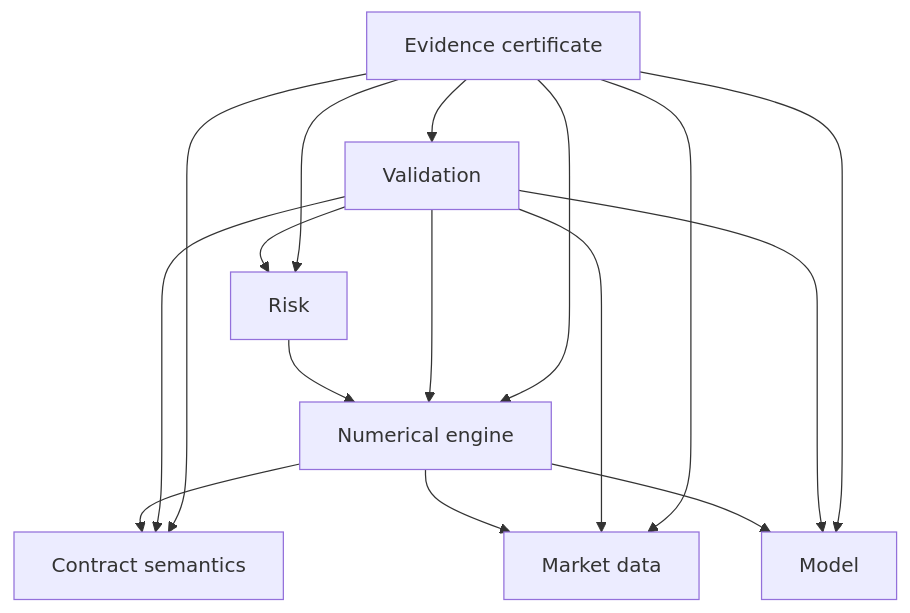
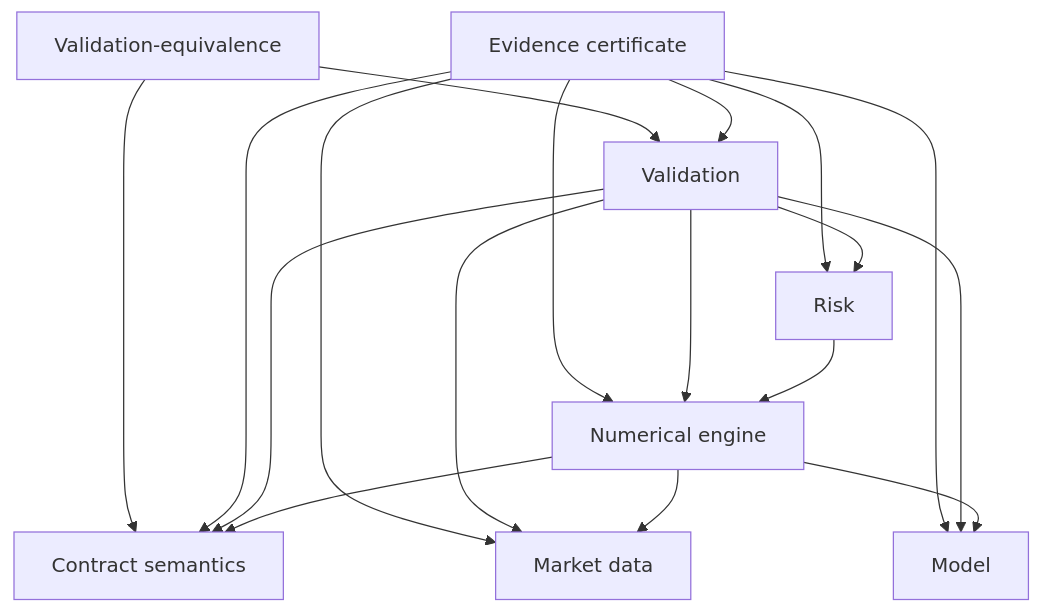
Before and after one commit to sciwiz7/DerivaTrace: the first of 2 diagrams in docs/architecture.md, drawn with Mermaid. The commit also changed other lines of this file and 7 other files, not shown here.

First line of the commit message:
docs: establish Stage 1C validation-equivalence baseline

````diff
--- a/docs/architecture.md
+++ b/docs/architecture.md
@@ -47,26 +54,29 @@
 ```mermaid
 graph TD
     Contract["Contract semantics"]
     Market["Market data"]
     Model["Model"]
     Engine["Numerical engine"]
     Risk["Risk"]
     Validation["Validation"]
     Certificate["Evidence certificate"]
+    ValEquiv["Validation-equivalence"]
 
     Engine --> Contract
     Engine --> Market
     Engine --> Model
     Risk --> Engine
     Validation --> Contract
     Validation --> Market
     Validation --> Model
     Validation --> Engine
     Validation --> Risk
     Certificate --> Contract
     Certificate --> Market
     Certificate --> Model
     Certificate --> Engine
     Certificate --> Risk
     Certificate --> Validation
+    ValEquiv --> Contract
+    ValEquiv --> Validation
 ```
````
